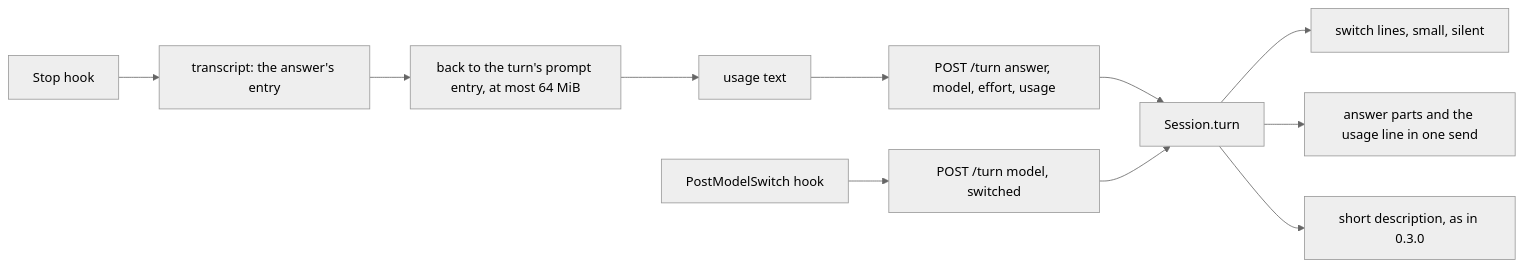
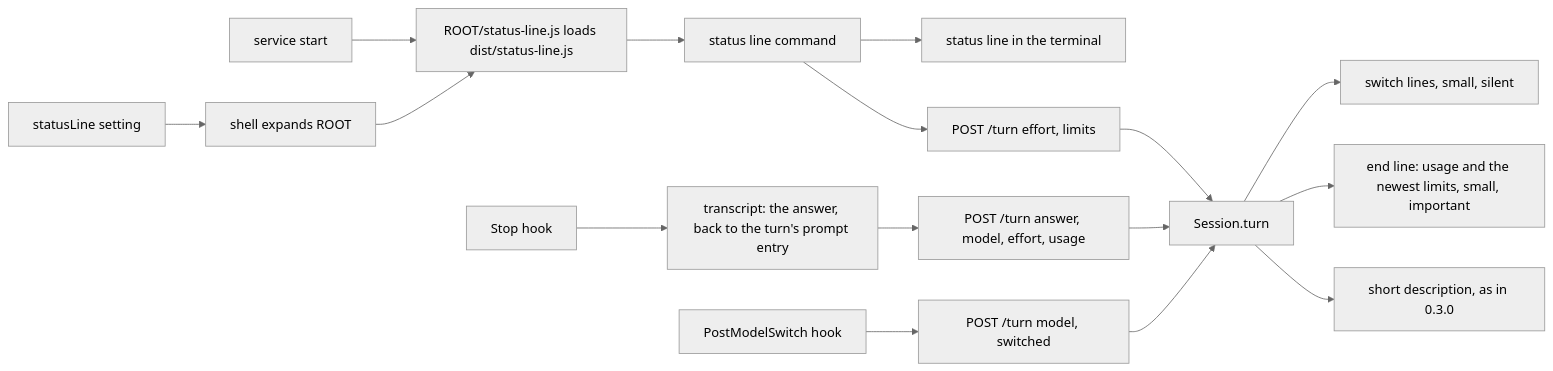
The second of 2 diagrams in plans/2026-11-13-mcp-session-usage.md (simplex-chat/simplex-chat), drawn with Mermaid (neutral theme) before and after one commit. The commit also changed other lines of this file, not shown here.

Commit message:
plan: mcp-session-usage, plan usage by the status line, one end line

````diff
--- a/plans/2026-11-13-mcp-session-usage.md
+++ b/plans/2026-11-13-mcp-session-usage.md
@@ -230,13 +301,17 @@
 ```mermaid
 flowchart LR
-  SP[Stop hook] --> TR[transcript: the answer's entry]
-  TR --> BK[back to the turn's prompt entry, at most 64 MiB]
-  BK --> U[usage text]
-  U --> R[POST /turn answer, model, effort, usage]
-  PM[PostModelSwitch hook] --> R2[POST /turn model, switched]
-  R --> H[Session.turn]
+  ST[service start] --> LN[ROOT/status-line.js loads dist/status-line.js]
+  SET[statusLine setting] --> SH[shell expands ROOT] --> LN
+  LN --> SC[status line command]
+  SC --> TL[status line in the terminal]
+  SC --> R1[POST /turn effort, limits]
+  SP[Stop hook] --> TR[transcript: the answer, back to the turn's prompt entry]
+  TR --> R2[POST /turn answer, model, effort, usage]
+  PM[PostModelSwitch hook] --> R3[POST /turn model, switched]
+  R1 --> H[Session.turn]
   R2 --> H
+  R3 --> H
   H --> L[switch lines, small, silent]
-  H --> A[answer parts and the usage line in one send]
+  H --> E[end line: usage and the newest limits, small, important]
   H --> DS[short description, as in 0.3.0]
 ```
````
